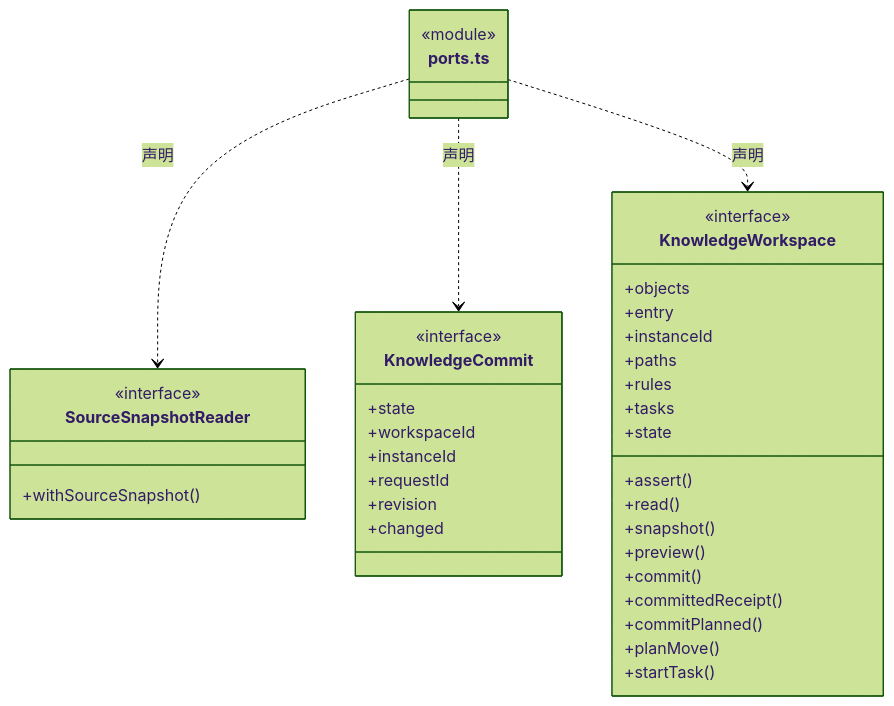
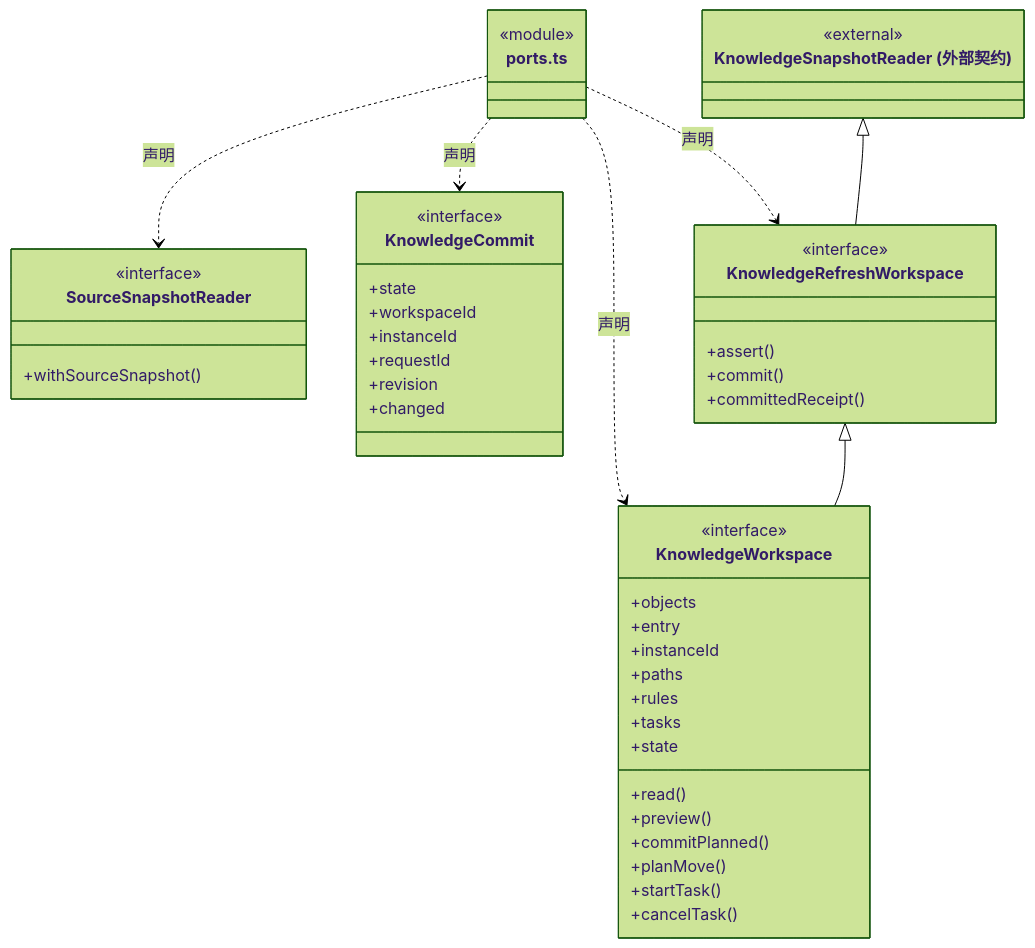
Diagram 16 of 32 in src/backend/core/knowledge/ARCHITECTURE.md (nan023062/cbim), drawn with Mermaid (forest theme) before and after one commit. The commit also changed other lines of this file and 32 other files, not shown here.

````diff
--- a/src/backend/core/knowledge/ARCHITECTURE.md
+++ b/src/backend/core/knowledge/ARCHITECTURE.md
@@ -345,41 +335,50 @@
 ```mermaid
 classDiagram
 class N_src_backend_core_knowledge_ports_ts["ports.ts"] {
   <<module>>
 }
 class N_src_backend_core_knowledge_ports_ts_SourceSnapshotReader["SourceSnapshotReader"] {
   <<interface>>
   +withSourceSnapshot()
 }
 N_src_backend_core_knowledge_ports_ts ..> N_src_backend_core_knowledge_ports_ts_SourceSnapshotReader : 声明
 class N_src_backend_core_knowledge_ports_ts_KnowledgeCommit["KnowledgeCommit"] {
   <<interface>>
   +state
   +workspaceId
   +instanceId
   +requestId
   +revision
   +changed
 }
 N_src_backend_core_knowledge_ports_ts ..> N_src_backend_core_knowledge_ports_ts_KnowledgeCommit : 声明
+class N_src_backend_core_knowledge_ports_ts_KnowledgeRefreshWorkspace["KnowledgeRefreshWorkspace"] {
+  <<interface>>
+  +assert()
+  +commit()
+  +committedReceipt()
+}
+N_src_backend_core_knowledge_ports_ts ..> N_src_backend_core_knowledge_ports_ts_KnowledgeRefreshWorkspace : 声明
+class N_src_backend_core_knowledge_ports_ts_external_KnowledgeSnapshotReader["KnowledgeSnapshotReader (外部契约)"] {
+  <<external>>
+}
+N_src_backend_core_knowledge_ports_ts_external_KnowledgeSnapshotReader <|-- N_src_backend_core_knowledge_ports_ts_KnowledgeRefreshWorkspace
 class N_src_backend_core_knowledge_ports_ts_KnowledgeWorkspace["KnowledgeWorkspace"] {
   <<interface>>
   +objects
   +entry
   +instanceId
   +paths
   +rules
   +tasks
   +state
-  +assert()
   +read()
-  +snapshot()
   +preview()
-  +commit()
-  +committedReceipt()
   +commitPlanned()
   +planMove()
   +startTask()
+  +cancelTask()
 }
 N_src_backend_core_knowledge_ports_ts ..> N_src_backend_core_knowledge_ports_ts_KnowledgeWorkspace : 声明
+N_src_backend_core_knowledge_ports_ts_KnowledgeRefreshWorkspace <|-- N_src_backend_core_knowledge_ports_ts_KnowledgeWorkspace
 ```
````
